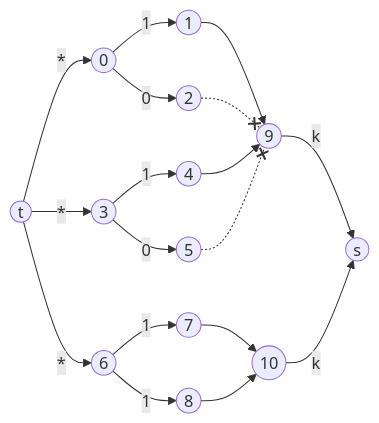
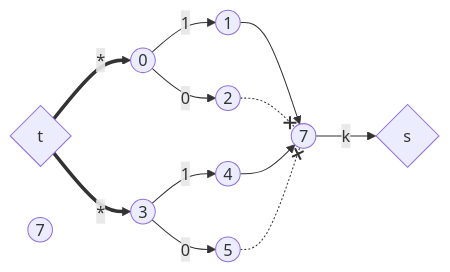
The fourth of 4 diagrams in sem2/AuW/PV/cx/tour-de-suisse.md (bfeitknecht/vault), drawn with Mermaid before and after one commit. The commit also changed other lines of this file, not shown here.

````diff
--- a/sem2/AuW/PV/cx/tour-de-suisse.md
+++ b/sem2/AuW/PV/cx/tour-de-suisse.md
@@ -160,47 +201,41 @@
 ```mermaid
 flowchart LR
 
-idS((s))
-idT((t))
+idS{s}
+idT{t}
 
 ids0((0))
 ids1((3))
-ids2((6))
 
 ids0p1((1))
 ids0p2((2))
 
 ids1p1((4))
 ids1p2((5))
 
-ids2p1((7))
-ids2p2((8))
+idb0p1((6))
+idb0p1((7))
 
-idb0((9))
-idb1((10))
+idb0((7))
 
 %%%%%%%%%%%%%%%%%%%%%%%%%%%%%%%%%%%%%%
 
-idT -->|"*"| ids0 & ids1 & ids2
+idT ==>|"*"| ids0 & ids1
 
 ids0 -->|"1"| ids0p1
 ids0 -->|"0"| ids0p2
 
 ids1 -->|"1"| ids1p1
 ids1 -->|"0"| ids1p2
 
-ids2 -->|"1"| ids2p1
-ids2 -->|"1"| ids2p2
-
 ids0p1 --> idb0
 ids0p2 -.-x idb0
 
 ids1p1 --> idb0
 ids1p2 -.-x idb0
 
-ids2p1 & ids2p2 --> idb1
 
 
-idb0 & idb1 -->|"k"| idS
+idb0 -->|"k"| idS
 
 ```
````
